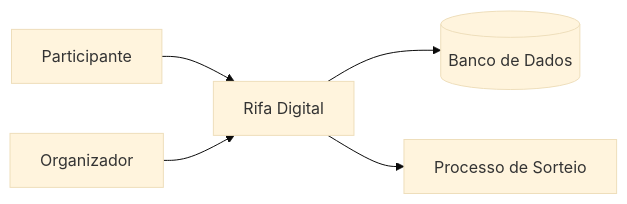
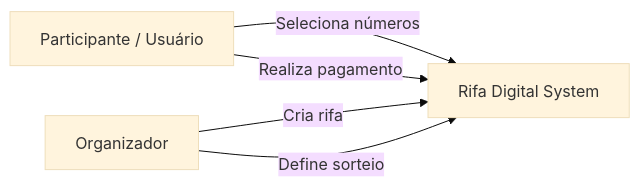
One commit to ivnavalenca/rifa-digital changed the first of 3 diagrams in docs/architecture/c4-model.md. Above: the diagram before and after it, drawn with Mermaid (base theme). The commit also changed other lines of this file, not shown here.

````diff
--- a/docs/architecture/c4-model.md
+++ b/docs/architecture/c4-model.md
@@ -20,9 +21,13 @@
-``` mermaid
+```mermaid
 flowchart LR
 
-Participante[Participante] --> Sistema[Rifa Digital]
-Organizador[Organizador] --> Sistema
+USER[Participante / Usuário]
+ADMIN[Organizador]
+SYSTEM[Rifa Digital System]
 
-Sistema --> Banco[(Banco de Dados)]
-Sistema --> Sorteio[Processo de Sorteio]
+USER -->|Seleciona números| SYSTEM
+USER -->|Realiza pagamento| SYSTEM
+
+ADMIN -->|Cria rifa| SYSTEM
+ADMIN -->|Define sorteio| SYSTEM
 ```
````
